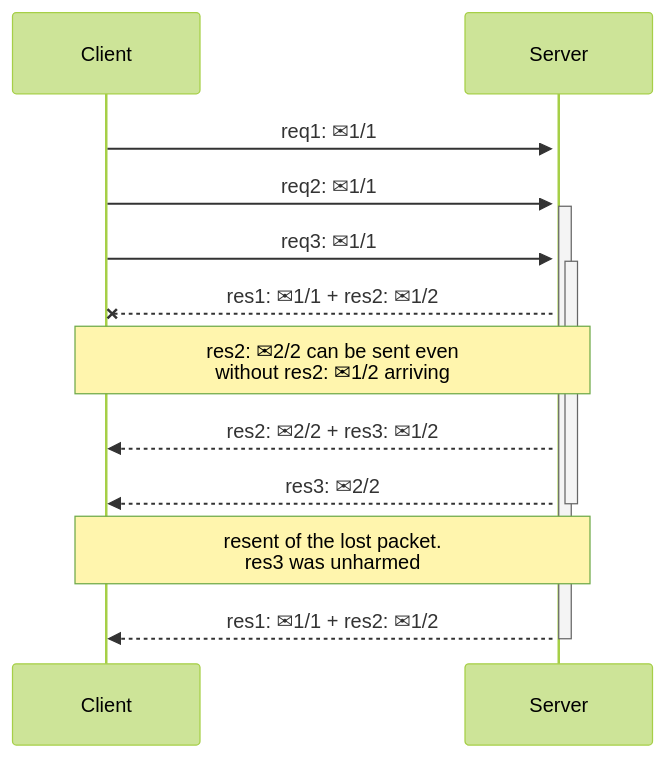
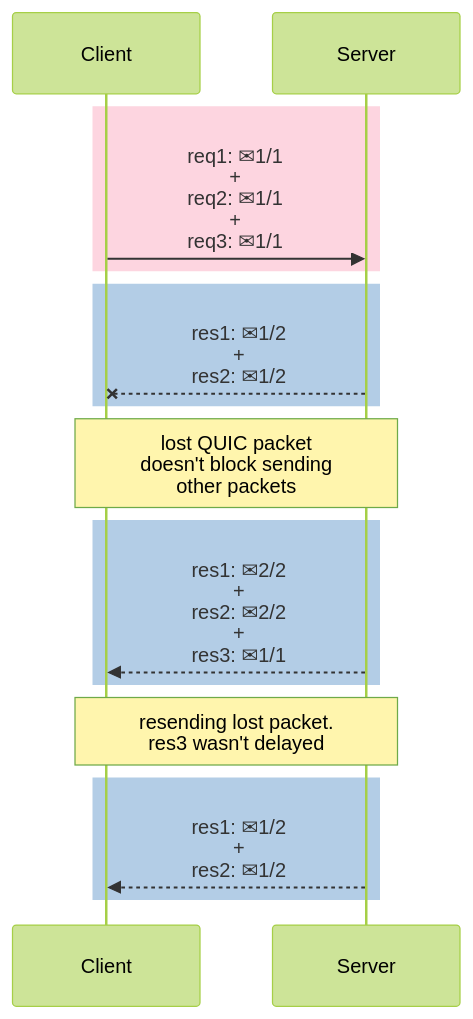
The fourth of 4 diagrams in src/posts/2024/03/http2-and-http3-explained.md (alexandrehtrb/alexandrehtrb.github.io), drawn with Mermaid (forest theme) before and after one commit. The commit also changed other lines of this file and 1 other file, not shown here.

Commit message:
article: colouring TCP packets in diagrams

````diff
--- a/src/posts/2024/03/http2-and-http3-explained.md
+++ b/src/posts/2024/03/http2-and-http3-explained.md
@@ -166,12 +178,17 @@
 ```mermaid
 sequenceDiagram
-    Client->>+Server: req1: #9993;1/1
-    Client->>+Server: req2: #9993;1/1
-    Client->>+Server: req3: #9993;1/1
-    Server--xClient: res1: #9993;1/1 + res2: #9993;1/2
-    Note over Client,Server: res2: #9993;2/2 can be sent even <br>without res2: #9993;1/2 arriving
-    Server-->>Client: res2: #9993;2/2 + res3: #9993;1/2
-    Server-->>-Client: res3: #9993;2/2
-    Note over Client,Server: resent of the lost packet.<br> res3 was unharmed
-    Server-->>-Client: res1: #9993;1/1 + res2: #9993;1/2
+    rect rgb(253, 213, 224)
+        Client->>Server: req1: #9993;1/1<br>+<br>req2: #9993;1/1<br>+<br>req3: #9993;1/1
+    end
+    rect rgb(179, 205, 230)
+        Server--xClient: res1: #9993;1/2<br>+<br>res2: #9993;1/2
+    end
+    Note over Client,Server: lost QUIC packet<br>doesn't block sending<br>other packets
+    rect rgb(179, 205, 230)
+        Server-->>Client: res1: #9993;2/2<br>+<br>res2: #9993;2/2<br>+<br>res3: #9993;1/1
+    end
+    Note over Client,Server: resending lost packet.<br>res3 wasn't delayed
+    rect rgb(179, 205, 230)
+        Server-->>Client: res1: #9993;1/2<br>+<br>res2: #9993;1/2
+    end
 ```
````
